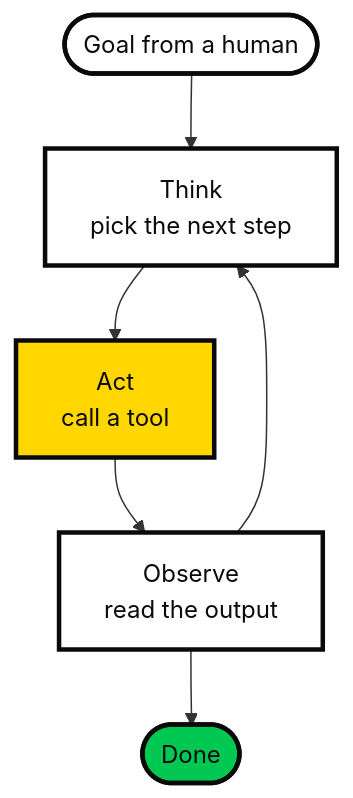
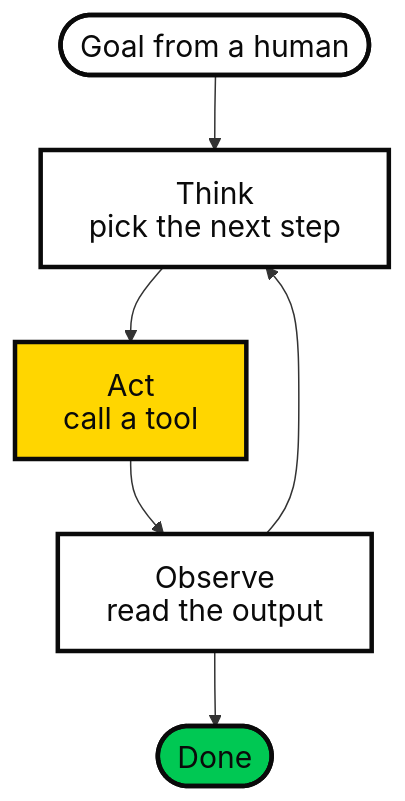
The second of 3 diagrams in index.qmd (IndrajeetPatil/software-for-agentic-age), drawn with Mermaid before and after one commit. The commit also changed other lines of this file and 2 other files, not shown here.

First line of the commit message:
fix(deck): stabilize mermaid labels and copy

````diff
--- a/index.qmd
+++ b/index.qmd
@@ -135,17 +136,18 @@
 ```{mermaid}
 %%| eval: true
 %%| echo: false
+%%{init: {"htmlLabels": false, "flowchart": {"htmlLabels": false, "padding": 16}, "themeVariables": {"fontFamily": "Space Grotesk, sans-serif", "fontSize": "20px"}}}%%
 flowchart TD
     G([Goal from a human]) --> T[Think<br/>pick the next step]
     T --> C[Act<br/>call a tool]
     C --> O[Observe<br/>read the output]
     O --> T
     O --> D([Done])
 
     classDef step fill:#ffffff,stroke:#0a0a0a,stroke-width:3px,color:#0a0a0a
     classDef act fill:#ffd600,stroke:#0a0a0a,stroke-width:3px,color:#0a0a0a
     classDef done fill:#00c853,stroke:#0a0a0a,stroke-width:3px,color:#0a0a0a
     class G,T,O step
     class C act
     class D done
 ```
````
